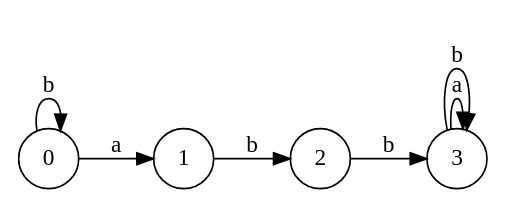
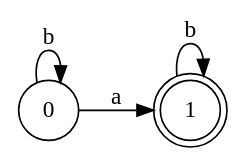
The diagram in afdirect.gv (paulbelches/scannerAndParserGenerator), drawn with Graphviz before and after one commit. The commit also changed 11 other files, not shown here.

```diff
--- a/afdirect.gv
+++ b/afdirect.gv
@@ -1,16 +1,13 @@
 digraph finite_state_machine {
 	rankdir=LR size="8,5"
+	node [shape=doublecircle]
+	1
+
 	node [shape=circle]
 	0 -> 1 [label=a
 ]
 	0 -> 0 [label=b
 ]
-	1 -> 2 [label=b
-]
-	2 -> 3 [label=b
-]
-	3 -> 3 [label=a
-]
-	3 -> 3 [label=b
+	1 -> 1 [label=b
 ]
 }
```
